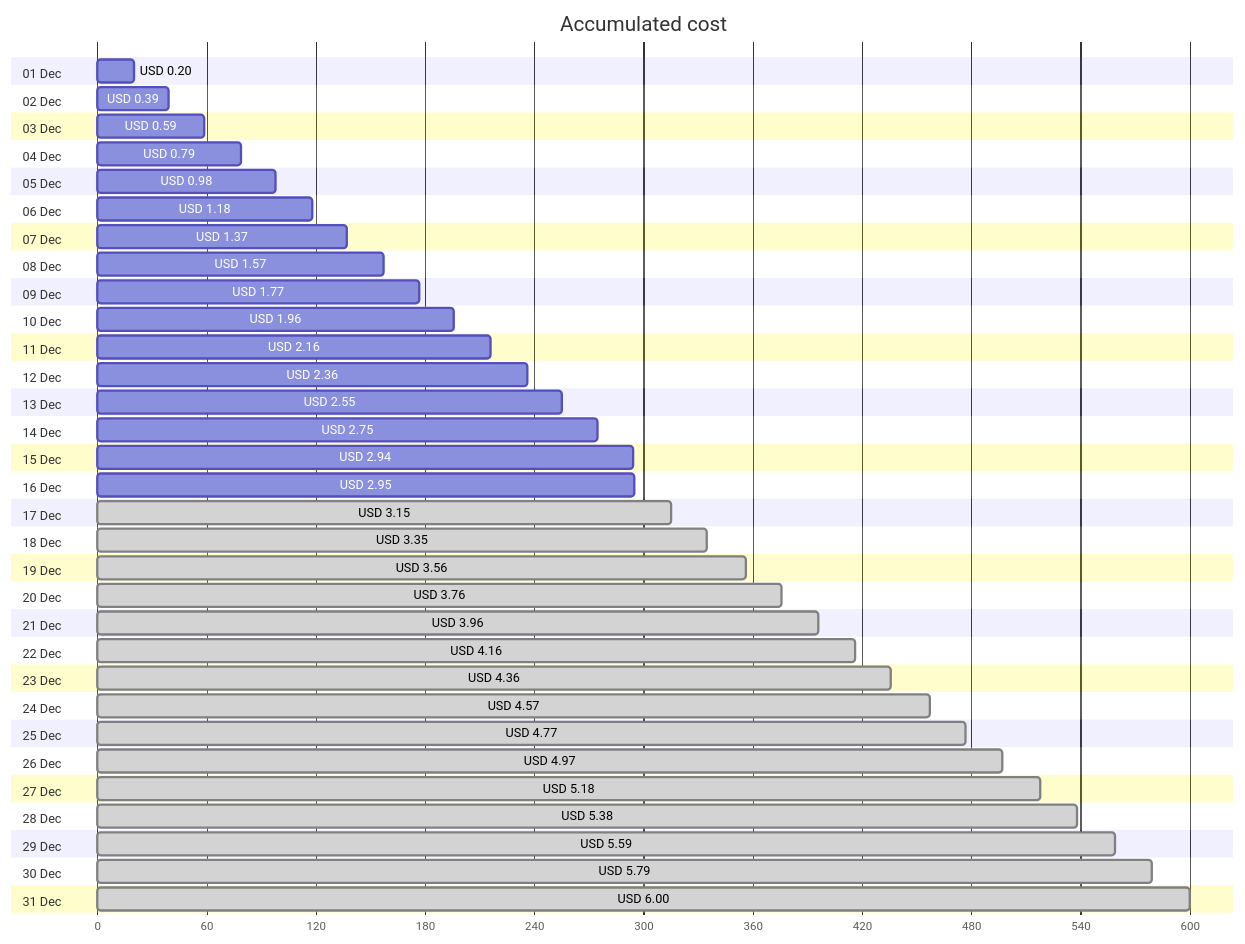
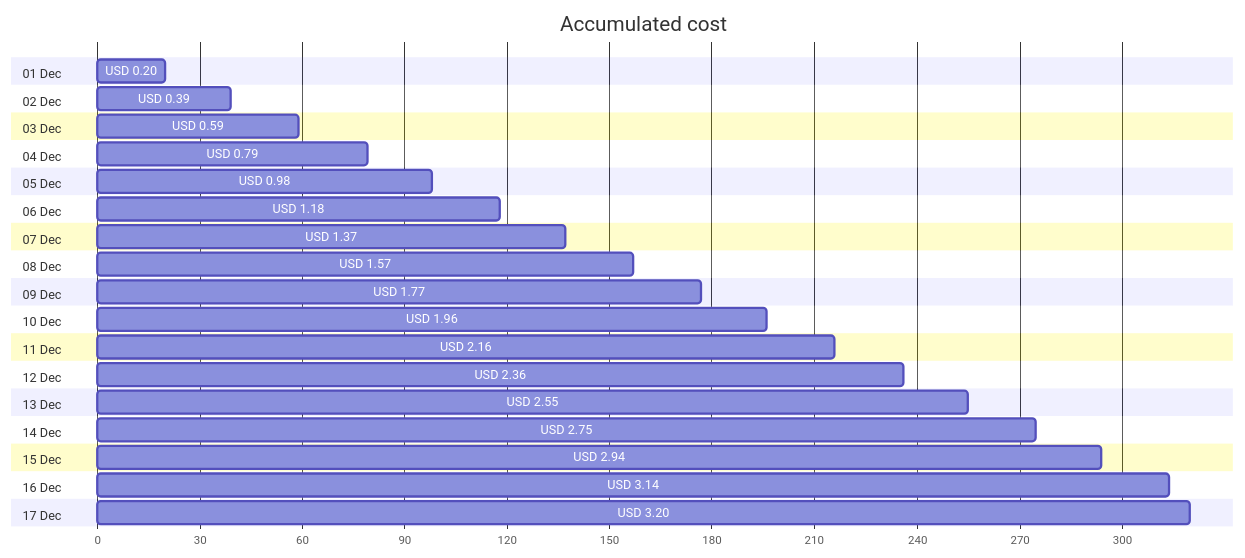
One commit to jpfulton/azure-personal-reports changed the first of 4 diagrams in cost-reports/personal-network/backup-server.md. Above: the diagram before and after it, drawn with Mermaid. The commit also changed other lines of this file and 8 other files, not shown here.

````diff
--- a/cost-reports/personal-network/backup-server.md
+++ b/cost-reports/personal-network/backup-server.md
@@ -20,68 +20,40 @@
 ```mermaid
 gantt
    title Accumulated cost
    dateFormat  X
    axisFormat %s
    section 01 Dec
    USD 0.20 :0, 20
    section 02 Dec
    USD 0.39 :0, 39
    section 03 Dec
    USD 0.59 :0, 59
    section 04 Dec
    USD 0.79 :0, 79
    section 05 Dec
    USD 0.98 :0, 98
    section 06 Dec
    USD 1.18 :0, 118
    section 07 Dec
    USD 1.37 :0, 137
    section 08 Dec
    USD 1.57 :0, 157
    section 09 Dec
    USD 1.77 :0, 177
    section 10 Dec
    USD 1.96 :0, 196
    section 11 Dec
    USD 2.16 :0, 216
    section 12 Dec
    USD 2.36 :0, 236
    section 13 Dec
    USD 2.55 :0, 255
    section 14 Dec
    USD 2.75 :0, 275
    section 15 Dec
    USD 2.94 :0, 294
    section 16 Dec
-   USD 2.95 :0, 295
+   USD 3.14 :0, 314
    section 17 Dec
-   USD 3.15 : done, 0, 315
-   section 18 Dec
-   USD 3.35 : done, 0, 335
-   section 19 Dec
-   USD 3.56 : done, 0, 356
-   section 20 Dec
-   USD 3.76 : done, 0, 376
-   section 21 Dec
-   USD 3.96 : done, 0, 396
-   section 22 Dec
-   USD 4.16 : done, 0, 416
-   section 23 Dec
-   USD 4.36 : done, 0, 436
-   section 24 Dec
-   USD 4.57 : done, 0, 457
-   section 25 Dec
-   USD 4.77 : done, 0, 477
-   section 26 Dec
-   USD 4.97 : done, 0, 497
-   section 27 Dec
-   USD 5.18 : done, 0, 518
-   section 28 Dec
-   USD 5.38 : done, 0, 538
-   section 29 Dec
-   USD 5.59 : done, 0, 559
-   section 30 Dec
-   USD 5.79 : done, 0, 579
-   section 31 Dec
-   USD 6.00 : done, 0, 600
+   USD 3.20 :0, 320
 ```
````
